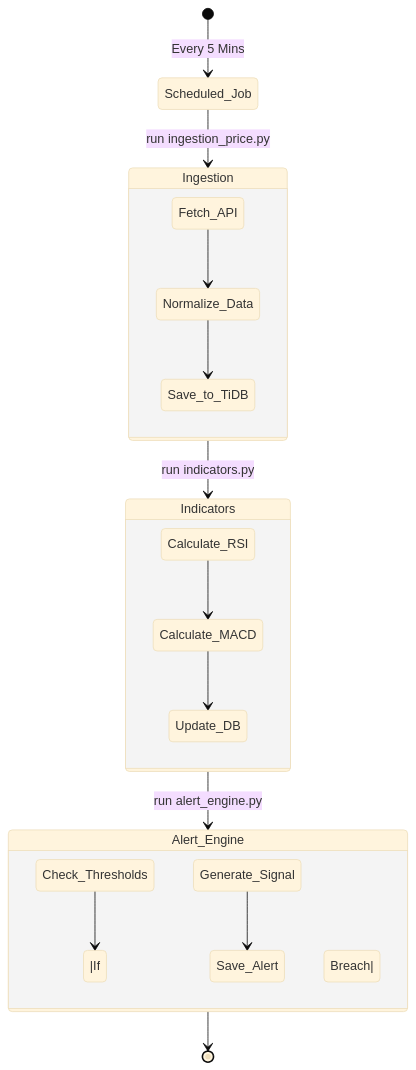
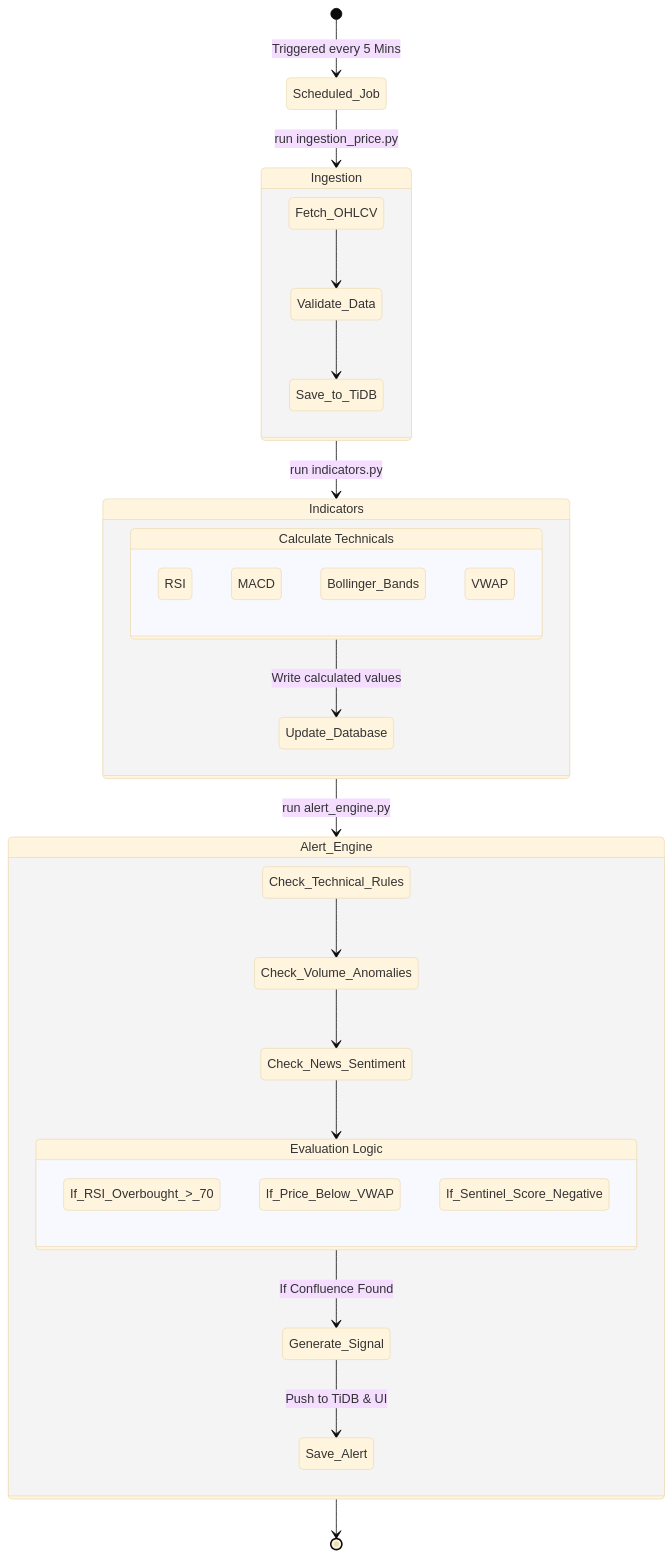
The first of 2 diagrams in Readme.md (parshwa1809/Agentic-Financial-Analyst), drawn with Mermaid (base theme) before and after one commit. The commit also changed other lines of this file and 2 other files, not shown here.

Commit message:
Update documentation with architecture diagrams and project previews

````diff
--- a/Readme.md
+++ b/Readme.md
@@ -108,24 +107,39 @@
 ```mermaid
 stateDiagram-v2
-    [*] --> Scheduled_Job: Every 5 Mins
+    [*] --> Scheduled_Job: Triggered every 5 Mins
     Scheduled_Job --> Ingestion: run ingestion_price.py
     
     state Ingestion {
-        Fetch_API --> Normalize_Data
-        Normalize_Data --> Save_to_TiDB
+        Fetch_OHLCV --> Validate_Data
+        Validate_Data --> Save_to_TiDB
     }
     
     Ingestion --> Indicators: run indicators.py
     state Indicators {
-        Calculate_RSI --> Calculate_MACD
-        Calculate_MACD --> Update_DB
+        state "Calculate Technicals" as Techs {
+            RSI
+            MACD
+            Bollinger_Bands
+            VWAP
+        }
+        Techs --> Update_Database: Write calculated values
     }
     
     Indicators --> Alert_Engine: run alert_engine.py
     state Alert_Engine {
-        Check_Thresholds --> |If Breach| Generate_Signal
-        Generate_Signal --> Save_Alert
+        Check_Technical_Rules --> Check_Volume_Anomalies
+        Check_Volume_Anomalies --> Check_News_Sentiment
+        
+        state "Evaluation Logic" as Eval {
+            If_RSI_Overbought_>_70
+            If_Price_Below_VWAP
+            If_Sentinel_Score_Negative
+        }
+        
+        Check_News_Sentiment --> Eval
+        Eval --> Generate_Signal: If Confluence Found
+        Generate_Signal --> Save_Alert: Push to TiDB & UI
     }
     
     Alert_Engine --> [*]
 ```
````
